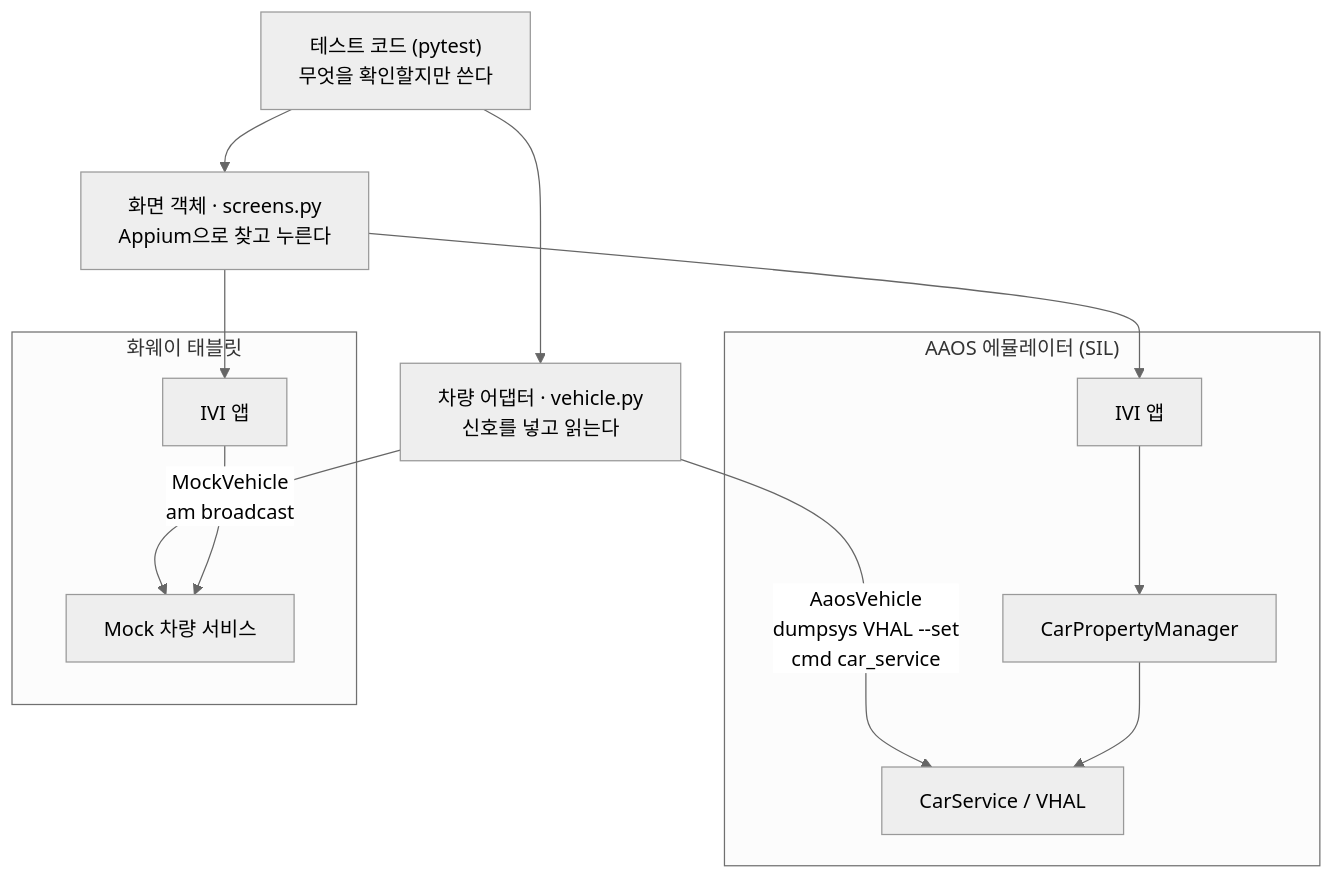
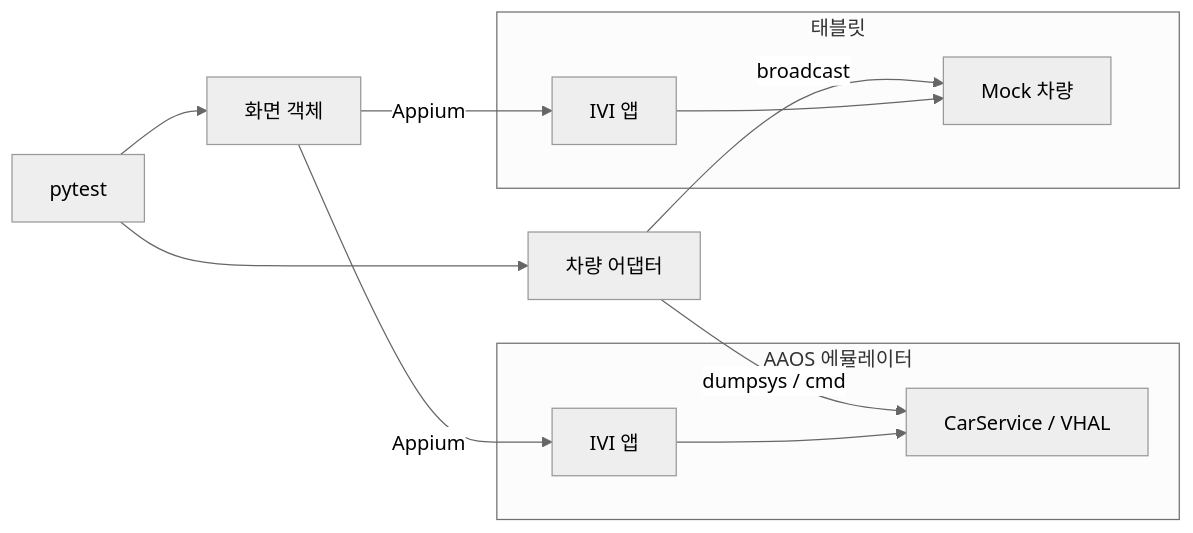
The first of 2 diagrams in docs/portfolio.md (bugspeaker/opencabin-ivi), drawn with Mermaid (neutral theme) before and after one commit. The commit also changed other lines of this file, not shown here.

Commit message:
포트폴리오: Mermaid 구조도를 가로 방향 짧은 라벨로 (GitHub 에서 잘림 수정), CI job 표 추가

````diff
--- a/docs/portfolio.md
+++ b/docs/portfolio.md
@@ -81,16 +81,15 @@
 ```mermaid
-flowchart TB
-    T["테스트 코드 (pytest)<br/>무엇을 확인할지만 쓴다"]
-    T --> S["화면 객체 · screens.py<br/>Appium으로 찾고 누른다"]
-    T --> V["차량 어댑터 · vehicle.py<br/>신호를 넣고 읽는다"]
-    S --> A1
-    V -->|"AaosVehicle<br/>dumpsys VHAL --set<br/>cmd car_service"| A3
-    S --> B1
-    V -->|"MockVehicle<br/>am broadcast"| B2
-    subgraph AAOS["AAOS 에뮬레이터 (SIL)"]
-        A1["IVI 앱"] --> A2["CarPropertyManager"] --> A3["CarService / VHAL"]
+flowchart LR
+    T[pytest] --> S[화면 객체]
+    T --> V[차량 어댑터]
+    S -->|Appium| A1
+    S -->|Appium| B1
+    V -->|dumpsys / cmd| A2
+    V -->|broadcast| B2
+    subgraph AAOS[AAOS 에뮬레이터]
+        A1[IVI 앱] --> A2[CarService / VHAL]
     end
-    subgraph TAB["화웨이 태블릿"]
-        B1["IVI 앱"] --> B2["Mock 차량 서비스"]
+    subgraph TAB[태블릿]
+        B1[IVI 앱] --> B2[Mock 차량]
     end
 ```
````
